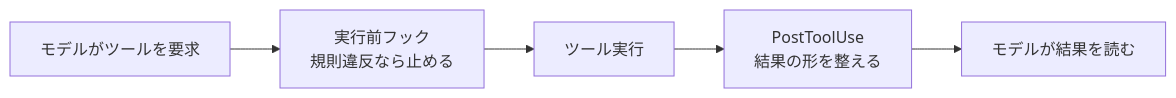
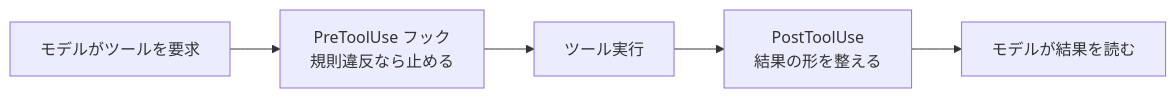
One commit to RIN-POKO/Studying_CertificationExams changed the sixth of 8 diagrams in CCAR-F対策/CCAR-F対策_原本/01-エージェントアーキテクチャとオーケストレーション.md. Above: the diagram before and after it, drawn with Mermaid. The commit also changed other lines of this file and 6 other files, not shown here.

````diff
--- a/CCAR-F対策/CCAR-F対策_原本/01-エージェントアーキテクチャとオーケストレーション.md
+++ b/CCAR-F対策/CCAR-F対策_原本/01-エージェントアーキテクチャとオーケストレーション.md
@@ -297,7 +297,7 @@
 ```mermaid
 flowchart LR
-  A[モデルがツールを要求] --> PRE[実行前フック<br>規則違反なら止める]
+  A[モデルがツールを要求] --> PRE[PreToolUse フック<br>規則違反なら止める]
   PRE --> X[ツール実行]
   X --> POST[PostToolUse<br>結果の形を整える]
   POST --> M[モデルが結果を読む]
 ```
````
